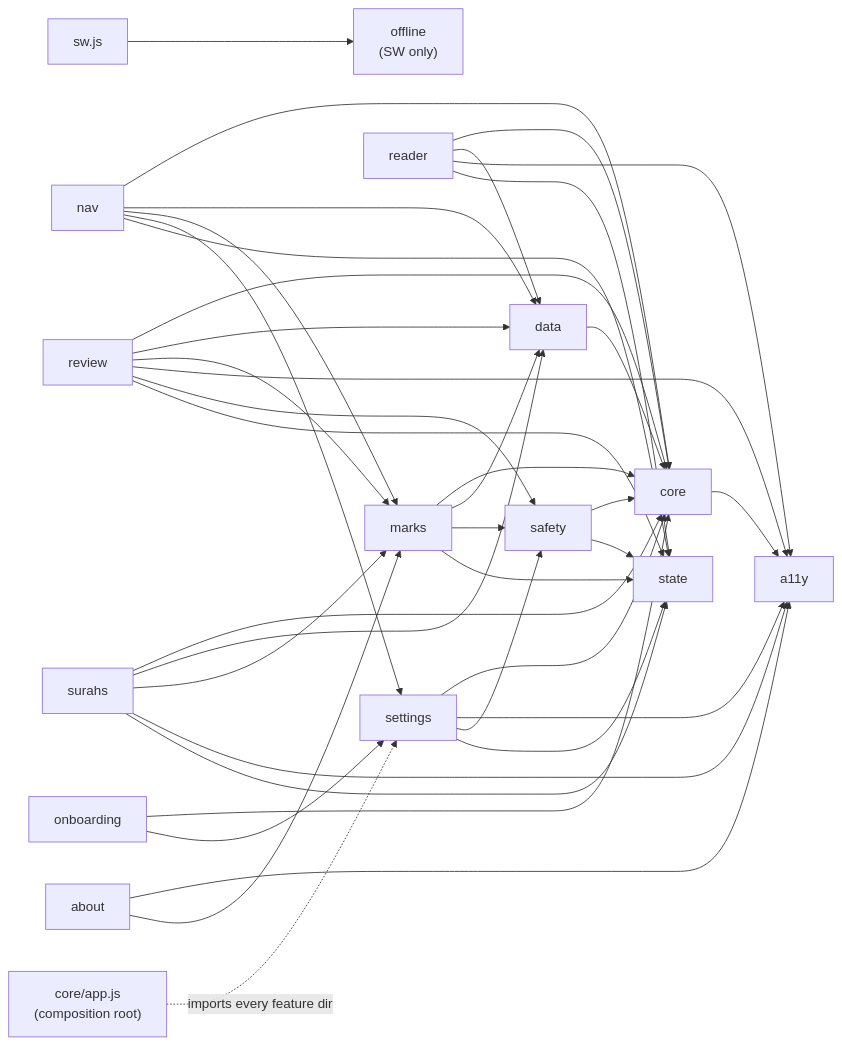
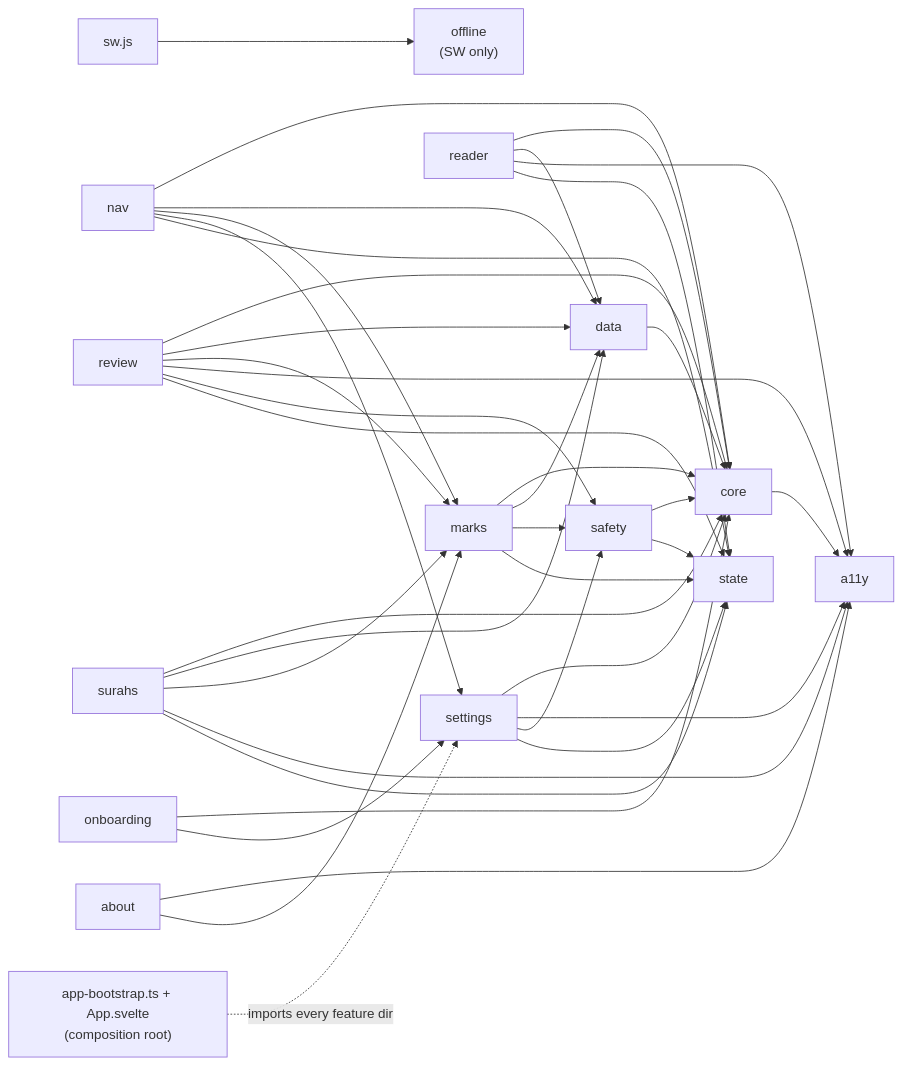
The diagram in docs/context/module-graph.md (Omar-MD/QuranAtlas), drawn with Mermaid before and after one commit. The commit also changed other lines of this file and 171 other files, not shown here.

````diff
--- a/docs/context/module-graph.md
+++ b/docs/context/module-graph.md
@@ -9,58 +11,58 @@
 ```mermaid
 graph LR
   a11y[a11y]
   core[core]
   data[data]
   safety[safety]
   marks[marks]
   settings[settings]
   nav[nav]
   reader[reader]
   review[review]
   surahs[surahs]
   about[about]
   onboarding[onboarding]
   offline["offline<br/>(SW only)"]
   sw["sw.js"]
   state[state]
 
   core --> a11y
   data --> core
   safety --> core
   marks --> core
   marks --> data
   marks --> safety
   settings --> core
   settings --> a11y
   settings --> safety
   nav --> core
   nav --> data
   nav --> marks
   nav --> settings
   nav --> state
   reader --> core
   reader --> data
   reader --> a11y
   reader --> state
   review --> core
   review --> data
   review --> marks
   review --> a11y
   review --> safety
   review --> state
   surahs --> core
   surahs --> data
   surahs --> marks
   surahs --> a11y
   surahs --> state
   marks --> state
   settings --> state
   safety --> state
   about --> a11y
   about --> marks
   onboarding --> core
   onboarding --> settings
 
   sw --> offline
-  app["core/app.js<br/>(composition root)"] -.imports every feature dir.-> settings
+  app["app-bootstrap.ts + App.svelte<br/>(composition root)"] -.imports every feature dir.-> settings
 ```
````
